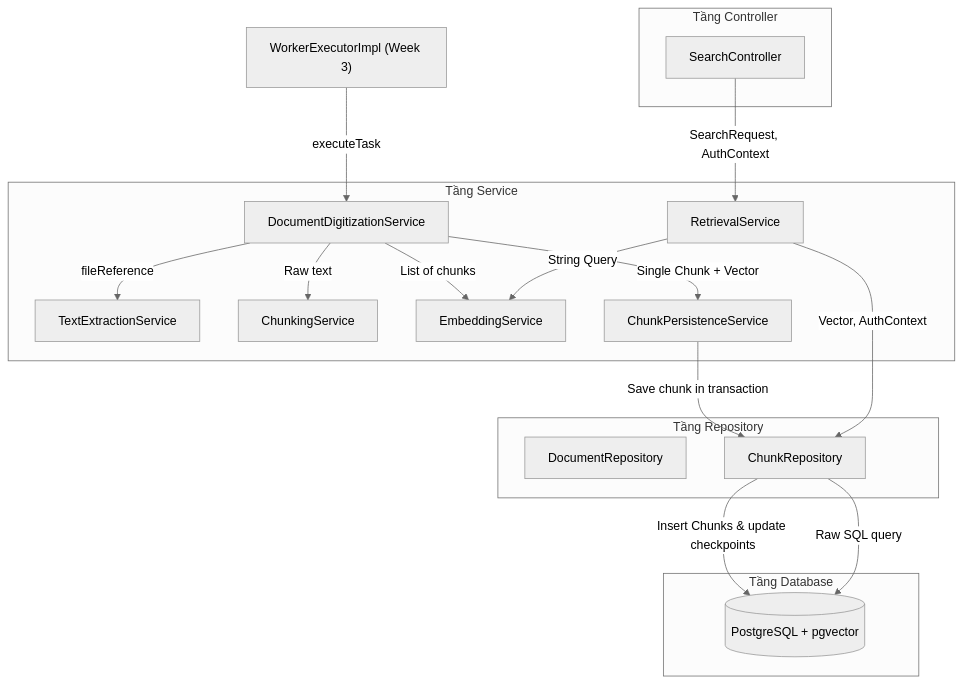
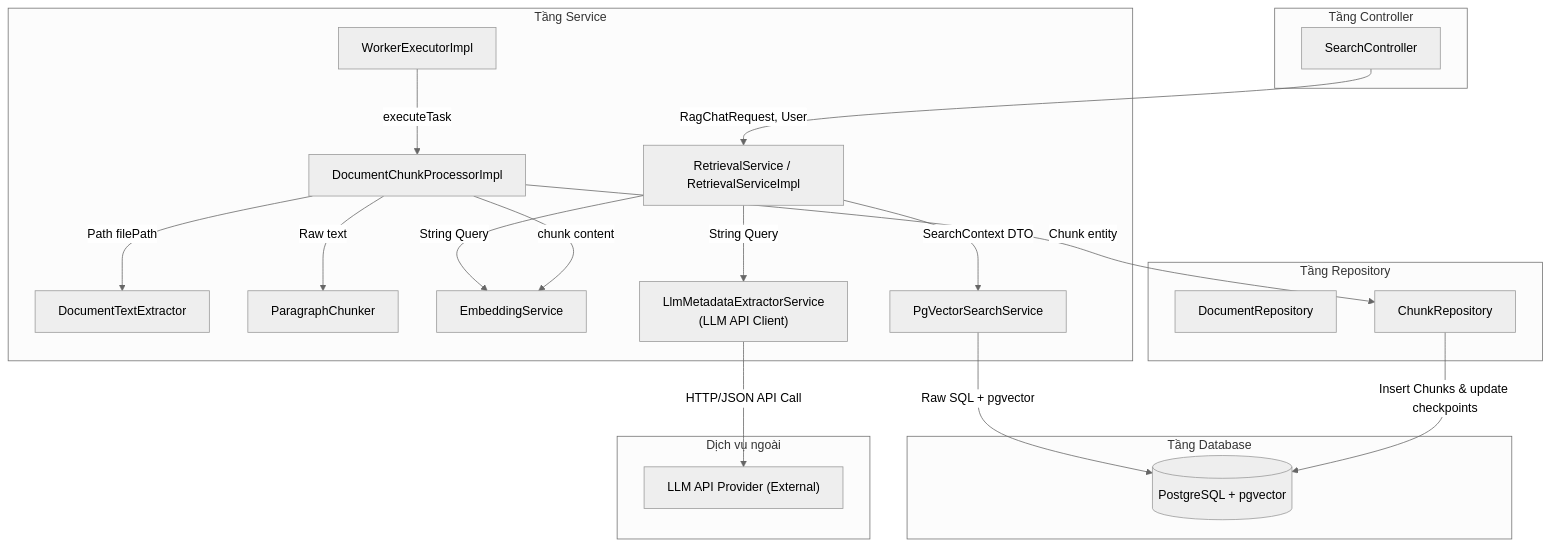
Before and after one commit to thanhhuong1523/enterprise-ai-systems: the first of 5 diagrams in eap/docs/week4/DetailedDesign.md, drawn with Mermaid (neutral theme). The commit also changed other lines of this file and 87 other files, not shown here.

````diff
--- a/eap/docs/week4/DetailedDesign.md
+++ b/eap/docs/week4/DetailedDesign.md
@@ -41,39 +44,46 @@
 ```mermaid
 graph TD
     subgraph ControllerLayer ["Tầng Controller"]
         SearchController["SearchController"]
     end
 
     subgraph ServiceLayer ["Tầng Service"]
-        RetrievalService["RetrievalService"]
-        DocumentDigitizationService["DocumentDigitizationService"]
-        TextExtractionService["TextExtractionService"]
-        ChunkingService["ChunkingService"]
+        RetrievalService["RetrievalService / RetrievalServiceImpl"]
+        WorkerExecutorImpl["WorkerExecutorImpl"]
+        DocumentChunkProcessorImpl["DocumentChunkProcessorImpl"]
+        DocumentTextExtractor["DocumentTextExtractor"]
+        ParagraphChunker["ParagraphChunker"]
         EmbeddingService["EmbeddingService"]
-        ChunkPersistenceService["ChunkPersistenceService"]
+        PgVectorSearchService["PgVectorSearchService"]
+        LlmMetadataExtractor["LlmMetadataExtractorService<br>(LLM API Client)"]
     end
 
     subgraph RepositoryLayer ["Tầng Repository"]
         DocumentRepository["DocumentRepository"]
         ChunkRepository["ChunkRepository"]
     end
 
     subgraph DatabaseLayer ["Tầng Database"]
         PostgresDB[("PostgreSQL + pgvector")]
     end
 
+    subgraph ExternalServices ["Dịch vụ ngoài"]
+        LlmProvider["LLM API Provider (External)"]
+    end
+
     %% Flow: Search Path
-    SearchController -->|SearchRequest, AuthContext| RetrievalService
+    SearchController -->|RagChatRequest, User| RetrievalService
     RetrievalService -->|String Query| EmbeddingService
-    RetrievalService -->|Vector, AuthContext| ChunkRepository
-    ChunkRepository -->|Raw SQL query| PostgresDB
+    RetrievalService -->|String Query| LlmMetadataExtractor
+    LlmMetadataExtractor -->|HTTP/JSON API Call| LlmProvider
+    RetrievalService -->|SearchContext DTO| PgVectorSearchService
+    PgVectorSearchService -->|Raw SQL + pgvector| PostgresDB
 
-    %% Flow: Digitization Path (Week 4 Pipeline, triggered by Week 3 WorkerExecutor)
-    WorkerExecutorImpl["WorkerExecutorImpl (Week 3)"] -->|executeTask| DocumentDigitizationService
-    DocumentDigitizationService -->|fileReference| TextExtractionService
-    DocumentDigitizationService -->|Raw text| ChunkingService
-    DocumentDigitizationService -->|List of chunks| EmbeddingService
-    DocumentDigitizationService -->|Single Chunk + Vector| ChunkPersistenceService
-    ChunkPersistenceService -->|Save chunk in transaction| ChunkRepository
+    %% Flow: Digitization Path
+    WorkerExecutorImpl -->|executeTask| DocumentChunkProcessorImpl
+    DocumentChunkProcessorImpl -->|Path filePath| DocumentTextExtractor
+    DocumentChunkProcessorImpl -->|Raw text| ParagraphChunker
+    DocumentChunkProcessorImpl -->|chunk content| EmbeddingService
+    DocumentChunkProcessorImpl -->|Chunk entity| ChunkRepository
     ChunkRepository -->|Insert Chunks & update checkpoints| PostgresDB
 ```
````
